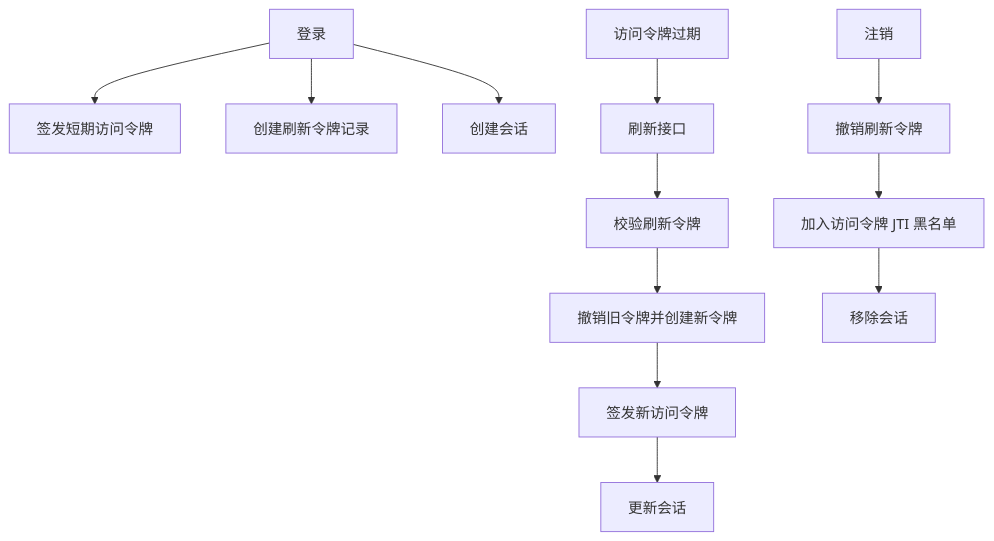
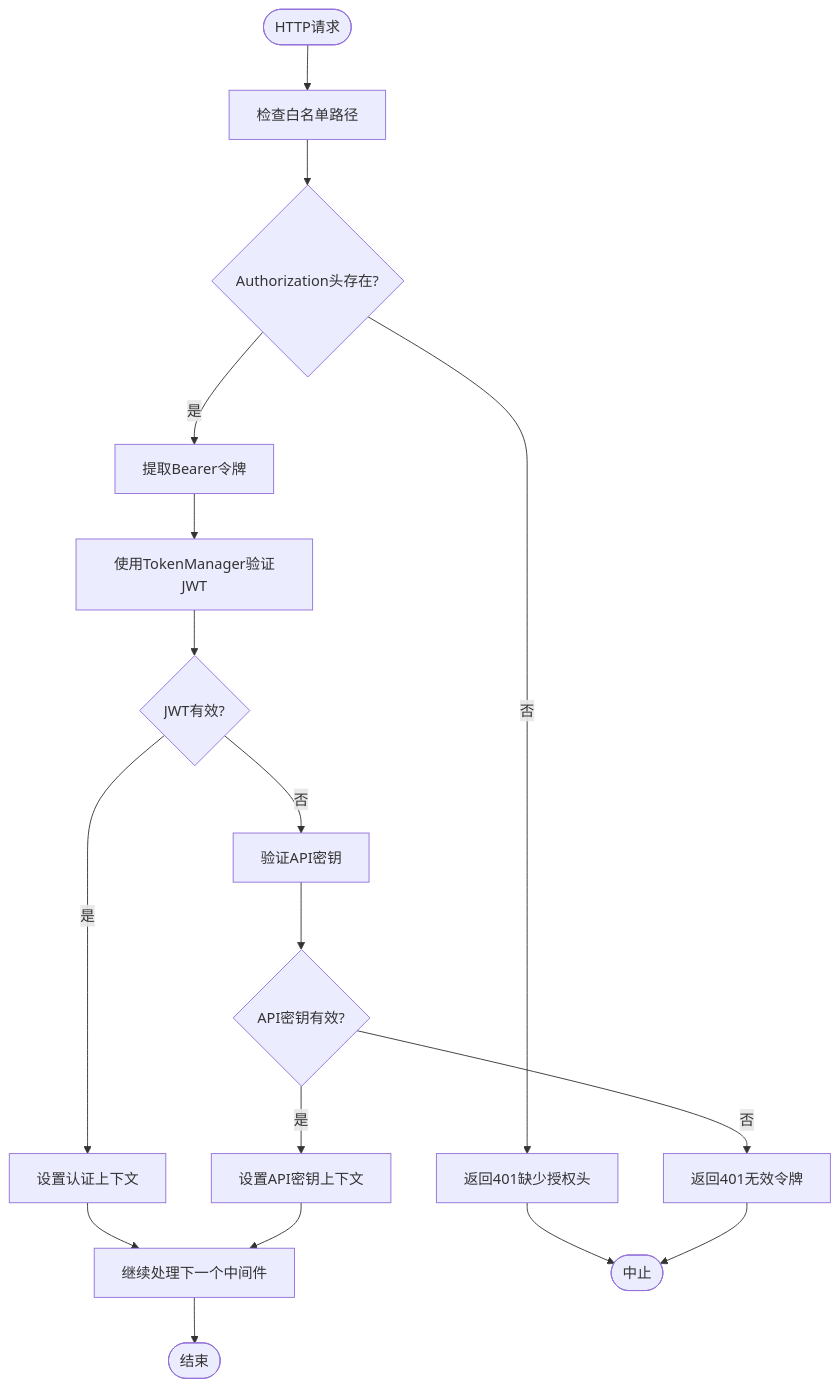
One commit to x01n/My-OpenWaf changed the eighth of 12 diagrams in docs/管理 API 系统/REST API 设计规范/认证授权机制.md. Above: the diagram before and after it, drawn with Mermaid. The commit also changed other lines of this file and 199 other files, not shown here.

````diff
--- a/docs/管理 API 系统/REST API 设计规范/认证授权机制.md
+++ b/docs/管理 API 系统/REST API 设计规范/认证授权机制.md
@@ -419,14 +256,19 @@
 ```mermaid
 flowchart TD
-Login["登录"] --> IssueAT["签发短期访问令牌"]
-Login --> IssueRT["创建刷新令牌记录"]
-Login --> CreateSess["创建会话"]
-ATExpire["访问令牌过期"] --> Refresh["刷新接口"]
-Refresh --> VerifyRT["校验刷新令牌"]
-VerifyRT --> RotateRT["撤销旧令牌并创建新令牌"]
-RotateRT --> IssueAT2["签发新访问令牌"]
-IssueAT2 --> UpdateSess["更新会话"]
-Logout["注销"] --> RevokeRT["撤销刷新令牌"]
-RevokeRT --> BlacklistAT["加入访问令牌 JTI 黑名单"]
-BlacklistAT --> RemoveSess["移除会话"]
+Start([HTTP请求]) --> CheckWhitelist["检查白名单路径"]
+CheckWhitelist --> HeaderPresent{"Authorization头存在?"}
+HeaderPresent --> |否| MissingHeader["返回401缺少授权头"]
+HeaderPresent --> |是| ExtractToken["提取Bearer令牌"]
+ExtractToken --> VerifyJWT["使用TokenManager验证JWT"]
+VerifyJWT --> JWTValid{"JWT有效?"}
+JWTValid --> |是| SetAuthCtx["设置认证上下文"]
+JWTValid --> |否| VerifyAPIKey["验证API密钥"]
+VerifyAPIKey --> APIKeyValid{"API密钥有效?"}
+APIKeyValid --> |是| SetAPIKeyCtx["设置API密钥上下文"]
+APIKeyValid --> |否| InvalidToken["返回401无效令牌"]
+SetAuthCtx --> Next["继续处理下一个中间件"]
+SetAPIKeyCtx --> Next
+MissingHeader --> Abort([中止])
+InvalidToken --> Abort
+Next --> End([结束])
 ```
````
